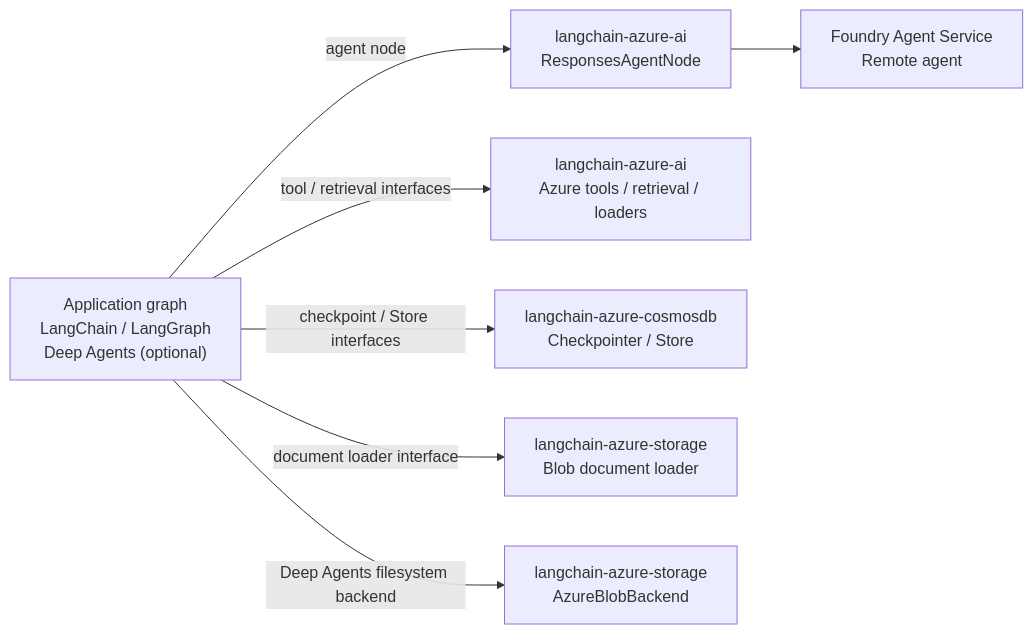
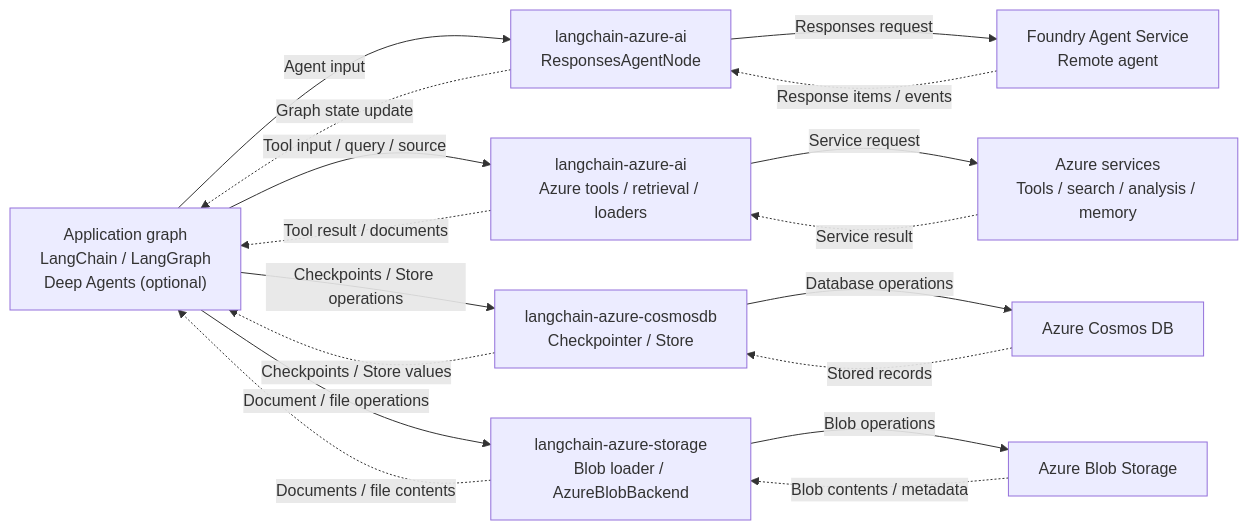
Before and after one commit to herohua/langchain-azure: the fourth of 4 diagrams in libs/azure-ai/docs/architecture.md, drawn with Mermaid. The commit also changed other lines of this file, not shown here.

Commit message:
docs(azure-ai): separate architecture layers from data flows

````diff
--- a/libs/azure-ai/docs/architecture.md
+++ b/libs/azure-ai/docs/architecture.md
@@ -120,16 +124,29 @@
 ```mermaid
 flowchart LR
     workflow["Application graph<br/>LangChain / LangGraph<br/>Deep Agents (optional)"]
     node["langchain-azure-ai<br/>ResponsesAgentNode"]
     agent["Foundry Agent Service<br/>Remote agent"]
     resources["langchain-azure-ai<br/>Azure tools / retrieval / loaders"]
+    azure["Azure services<br/>Tools / search / analysis / memory"]
     cosmos["langchain-azure-cosmosdb<br/>Checkpointer / Store"]
-    loader["langchain-azure-storage<br/>Blob document loader"]
-    files["langchain-azure-storage<br/>AzureBlobBackend"]
+    database["Azure Cosmos DB"]
+    storage["langchain-azure-storage<br/>Blob loader / AzureBlobBackend"]
+    blobs["Azure Blob Storage"]
 
-    workflow -->|agent node| node --> agent
-    workflow -->|tool / retrieval interfaces| resources
-    workflow -->|checkpoint / Store interfaces| cosmos
-    workflow -->|document loader interface| loader
-    workflow -->|Deep Agents filesystem backend| files
+    workflow -->|Agent input| node
+    node -->|Responses request| agent
+    agent -.->|Response items / events| node
+    node -.->|Graph state update| workflow
+    workflow -->|Tool input / query / source| resources
+    resources -->|Service request| azure
+    azure -.->|Service result| resources
+    resources -.->|Tool result / documents| workflow
+    workflow -->|Checkpoints / Store operations| cosmos
+    cosmos -->|Database operations| database
+    database -.->|Stored records| cosmos
+    cosmos -.->|Checkpoints / Store values| workflow
+    workflow -->|Document / file operations| storage
+    storage -->|Blob operations| blobs
+    blobs -.->|Blob contents / metadata| storage
+    storage -.->|Documents / file contents| workflow
 ```
````
